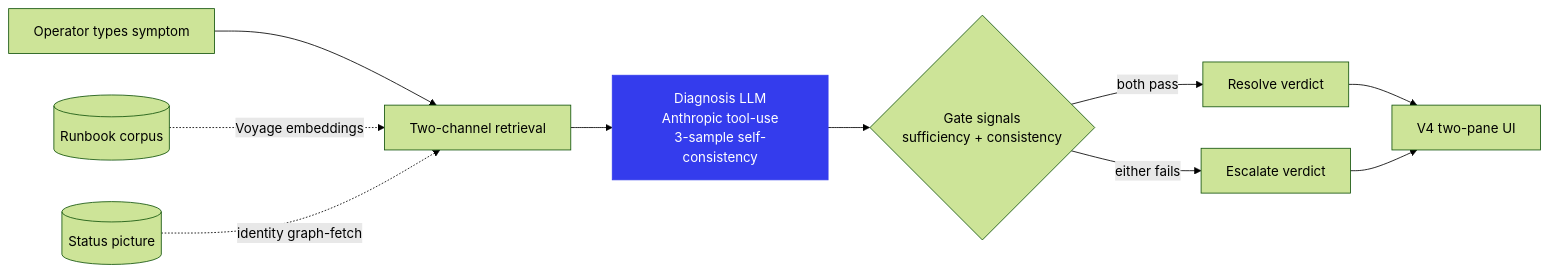
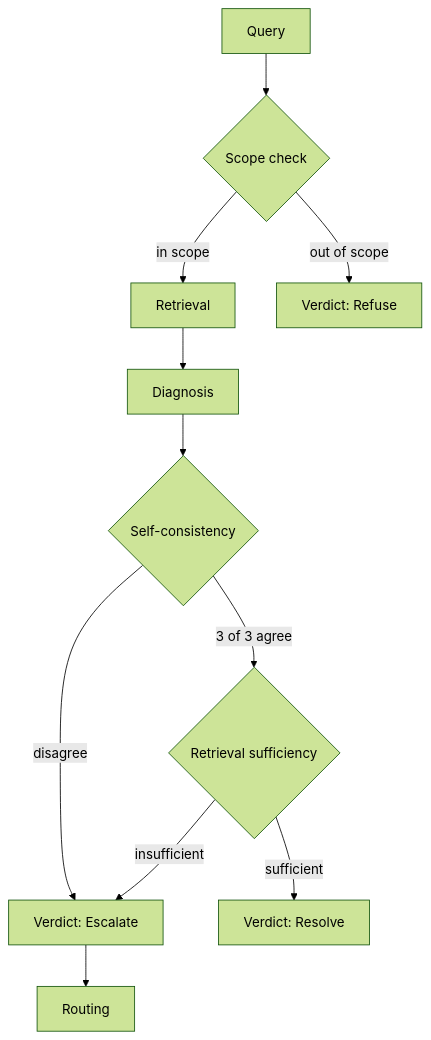
Before and after one commit to randomindianguy/admin-diagnosis-agent: the diagram in README.md, drawn with Mermaid (forest theme). The commit also changed other lines of this file, not shown here.

````diff
--- a/README.md
+++ b/README.md
@@ -11,15 +11,13 @@
 ```mermaid
-graph LR
-    A[Operator types symptom] --> B[Two-channel retrieval]
-    B --> C[Diagnosis LLM<br/>Anthropic tool-use<br/>3-sample self-consistency]
-    C --> D{Gate signals<br/>sufficiency + consistency}
-    D -->|both pass| E[Resolve verdict]
-    D -->|either fails| F[Escalate verdict]
-    E --> G[V4 two-pane UI]
-    F --> G
-
-    H[(Runbook corpus)] -.Voyage embeddings.-> B
-    I[(Status picture)] -.identity graph-fetch.-> B
-
-    style C fill:#343CED,color:#FFFFFF,stroke:#343CED
+flowchart TD
+    Q[Query] --> S{Scope check}
+    S -->|in scope| R[Retrieval]
+    S -->|out of scope| RF[Verdict: Refuse]
+    R --> D[Diagnosis]
+    D --> SC{Self-consistency}
+    SC -->|3 of 3 agree| RS{Retrieval sufficiency}
+    SC -->|disagree| E[Verdict: Escalate]
+    RS -->|sufficient| RV[Verdict: Resolve]
+    RS -->|insufficient| E
+    E --> RT[Routing]
 ```
````
